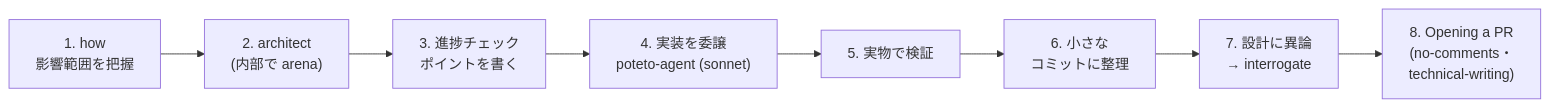
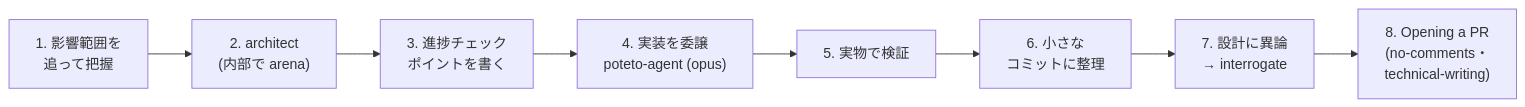
One commit to souljazzfunk/lab changed diagram 11 of 12 in pstack-cc/docs/skill-map.ja.md. Above: the diagram before and after it, drawn with Mermaid. The commit also changed other lines of this file and 116 other files, not shown here.

````diff
--- a/pstack-cc/docs/skill-map.ja.md
+++ b/pstack-cc/docs/skill-map.ja.md
@@ -203,10 +195,10 @@
 ```mermaid
 flowchart LR
-  S1["1. how<br/>影響範囲を把握"] --> S2["2. architect<br/>(内部で arena)"]
+  S1["1. 影響範囲を<br/>追って把握"] --> S2["2. architect<br/>(内部で arena)"]
   S2 --> S3["3. 進捗チェック<br/>ポイントを書く"]
-  S3 --> S4["4. 実装を委譲<br/>poteto-agent (sonnet)"]
+  S3 --> S4["4. 実装を委譲<br/>poteto-agent (opus)"]
   S4 --> S5["5. 実物で検証"]
   S5 --> S6["6. 小さな<br/>コミットに整理"]
   S6 --> S7["7. 設計に異論<br/>→ interrogate"]
   S7 --> S8["8. Opening a PR<br/>(no-comments・<br/>technical-writing)"]
 ```
````
